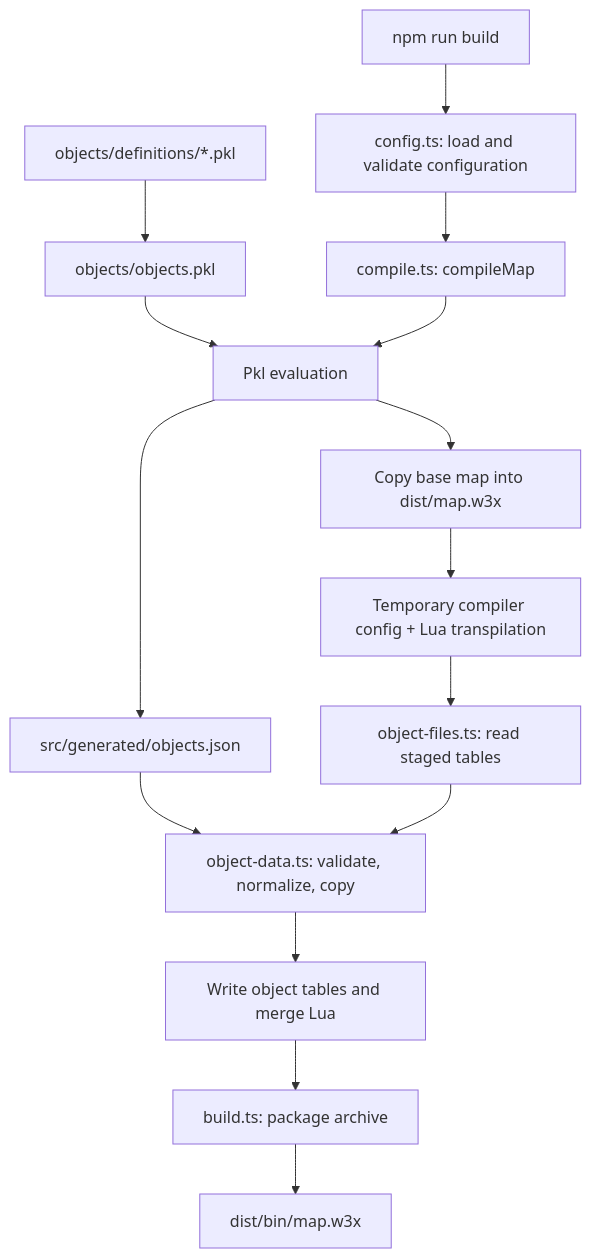
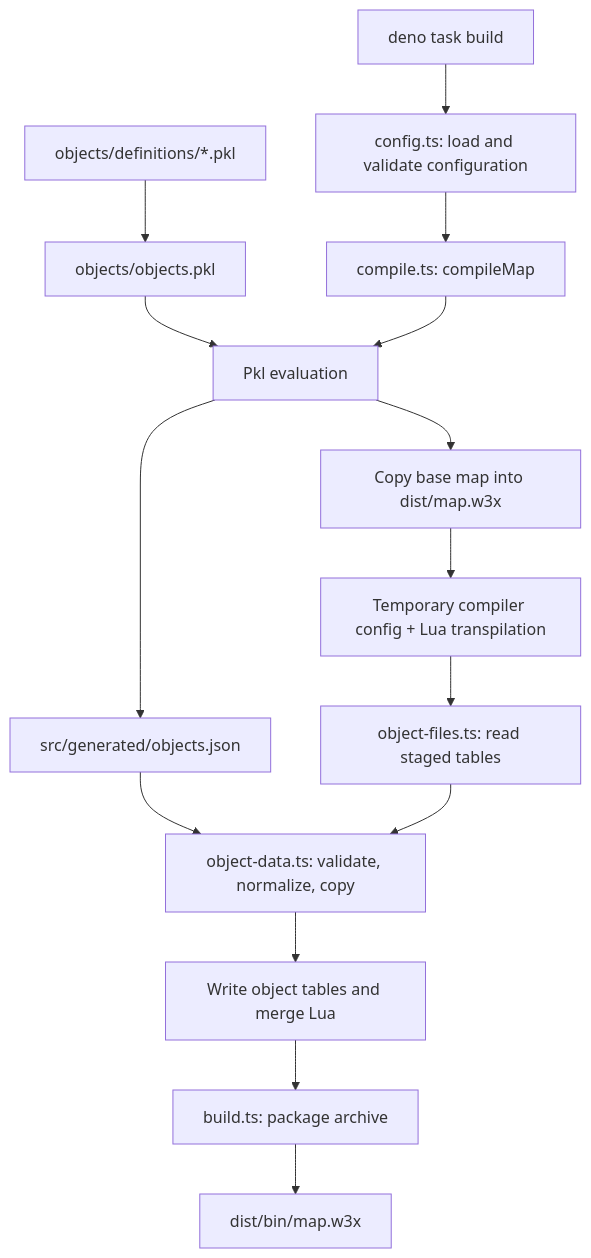
Before and after one commit to mdlsvensson/w3ts-framework: the diagram in docs/refactor-walkthrough.md, drawn with Mermaid. The commit also changed other lines of this file and 27 other files, not shown here.

````diff
--- a/docs/refactor-walkthrough.md
+++ b/docs/refactor-walkthrough.md
@@ -22,17 +22,17 @@
 ```mermaid
 flowchart TD
-    Command["npm run build"] --> Config["config.ts: load and validate configuration"]
+    Command["deno task build"] --> Config["config.ts: load and validate configuration"]
     Config --> Compile["compile.ts: compileMap"]
     Pkl["objects/definitions/*.pkl"] --> Manifest["objects/objects.pkl"]
     Manifest --> Eval["Pkl evaluation"]
     Compile --> Eval
     Eval --> Json["src/generated/objects.json"]
     Eval --> Stage["Copy base map into dist/map.w3x"]
     Stage --> Lua["Temporary compiler config + Lua transpilation"]
     Lua --> Inject["object-files.ts: read staged tables"]
     Json --> Apply["object-data.ts: validate, normalize, copy"]
     Inject --> Apply
     Apply --> Save["Write object tables and merge Lua"]
     Save --> Pack["build.ts: package archive"]
     Pack --> Output["dist/bin/map.w3x"]
 ```
````
